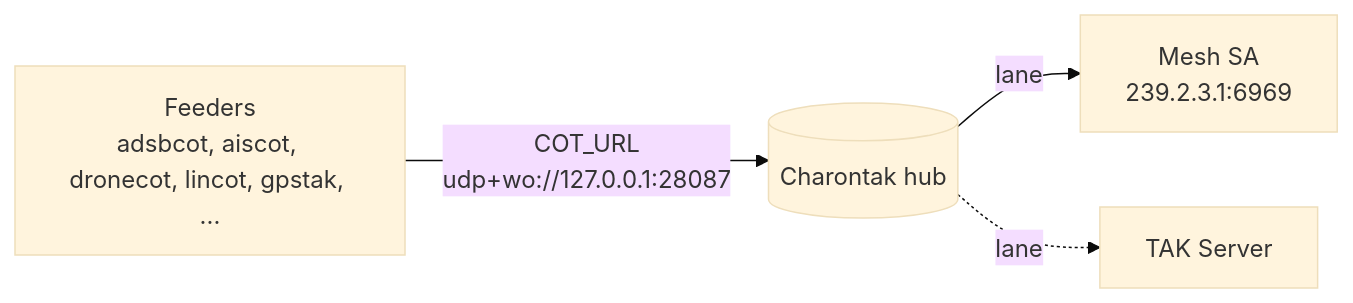
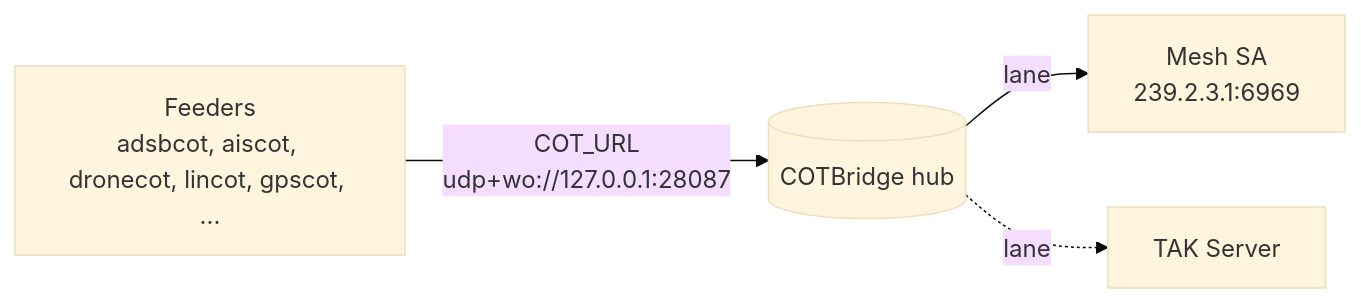
One commit to snstac/aryaos changed the diagram in docs/config/site-config.md. Above: the diagram before and after it, drawn with Mermaid (base theme). The commit also changed other lines of this file and 180 other files, not shown here.

````diff
--- a/docs/config/site-config.md
+++ b/docs/config/site-config.md
@@ -12,6 +12,6 @@
 ```mermaid
 flowchart LR
-  feeders[Feeders<br/>adsbcot, aiscot, dronecot, lincot, gpstak, ...] -->|COT_URL<br/>udp+wo://127.0.0.1:28087| charontak[(Charontak hub)]
-  charontak -->|lane| mesh[Mesh SA<br/>239.2.3.1:6969]
-  charontak -.->|lane| tak[TAK Server]
+  feeders[Feeders<br/>adsbcot, aiscot, dronecot, lincot, gpscot, ...] -->|COT_URL<br/>udp+wo://127.0.0.1:28087| cotbridge[(COTBridge hub)]
+  cotbridge -->|lane| mesh[Mesh SA<br/>239.2.3.1:6969]
+  cotbridge -.->|lane| tak[TAK Server]
 ```
````
